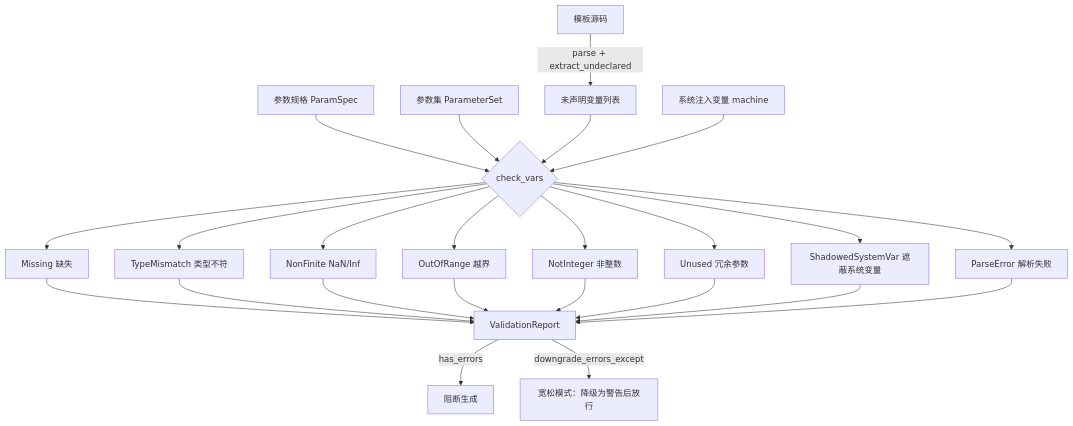
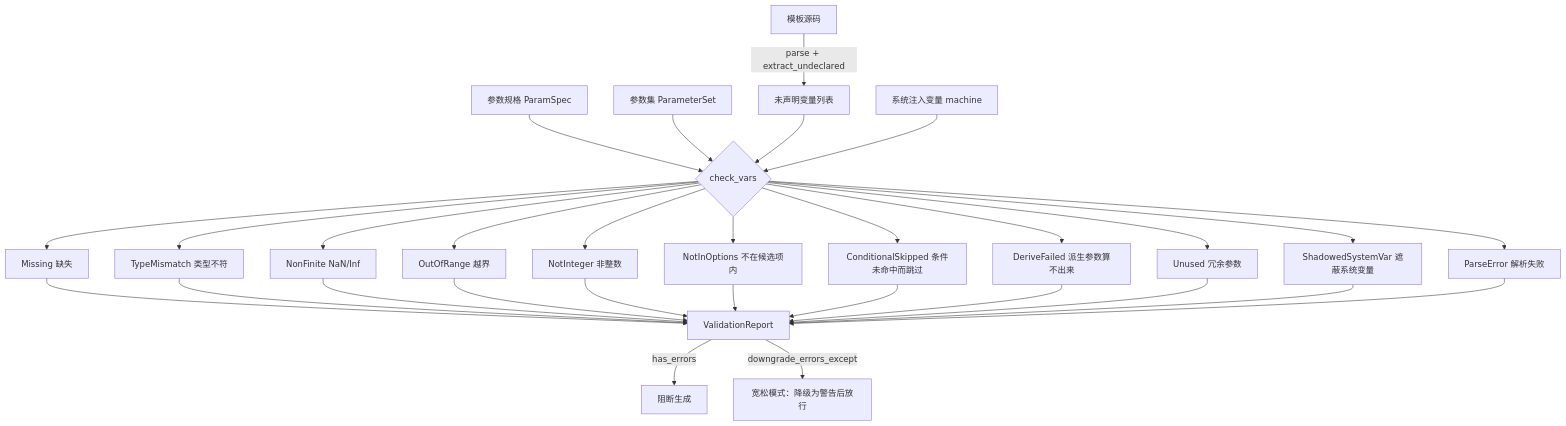
One commit to lzg9698-code/nctool-tpl changed the third of 6 diagrams in docs/ARCHITECTURE.md. Above: the diagram before and after it, drawn with Mermaid. The commit also changed other lines of this file and 10 other files, not shown here.

````diff
--- a/docs/ARCHITECTURE.md
+++ b/docs/ARCHITECTURE.md
@@ -180,26 +199,32 @@
 ```mermaid
 flowchart TD
     A[模板源码] -->|parse + extract_undeclared| B[未声明变量列表]
     C[参数规格 ParamSpec] --> D{check_vars}
     E[参数集 ParameterSet] --> D
     B --> D
     F[系统注入变量 machine] --> D
     D --> G[Missing 缺失]
     D --> H[TypeMismatch 类型不符]
     D --> I[NonFinite NaN/Inf]
     D --> J[OutOfRange 越界]
     D --> K[NotInteger 非整数]
+    D --> K2[NotInOptions 不在候选项内]
+    D --> K3[ConditionalSkipped 条件未命中而跳过]
+    D --> K4[DeriveFailed 派生参数算不出来]
     D --> L[Unused 冗余参数]
     D --> M[ShadowedSystemVar 遮蔽系统变量]
     D --> N[ParseError 解析失败]
     G --> O[ValidationReport]
     H --> O
     I --> O
     J --> O
     K --> O
+    K2 --> O
+    K3 --> O
+    K4 --> O
     L --> O
     M --> O
     N --> O
     O -->|has_errors| P[阻断生成]
     O -->|downgrade_errors_except| Q[宽松模式：降级为警告后放行]
 ```
````
